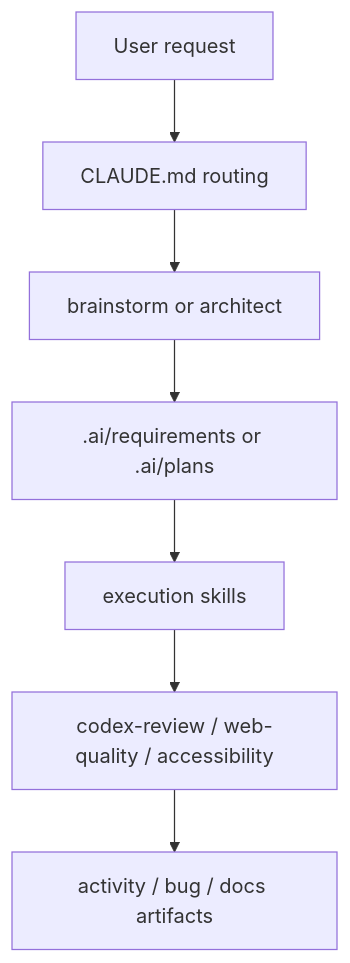
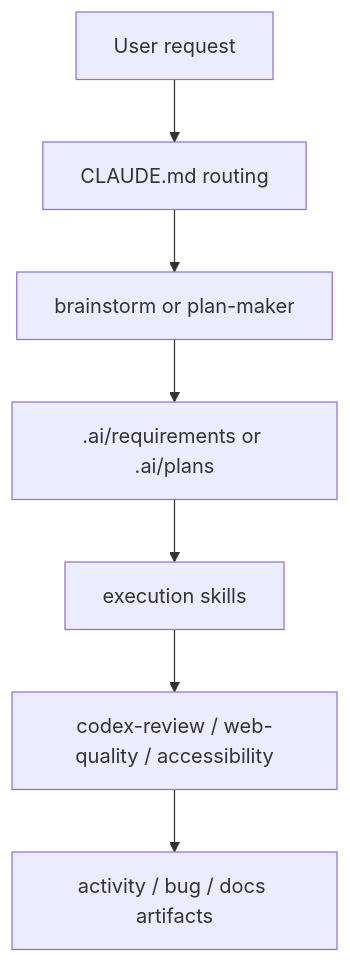
Before and after one commit to SeoJaeWan/try-claude-code: the sixth of 14 diagrams in docs/claude-code-workflow-evolution.md, drawn with Mermaid. The commit also changed other lines of this file and 25 other files, not shown here.

Commit message:
refactor(planning): rename architect skill to plan-maker

````diff
--- a/docs/claude-code-workflow-evolution.md
+++ b/docs/claude-code-workflow-evolution.md
@@ -318,17 +318,17 @@
 ```mermaid
 flowchart TD
     U["User request"]
     ENTRY["CLAUDE.md routing"]
-    BRAIN["brainstorm or architect"]
+    BRAIN["brainstorm or plan-maker"]
     ART[".ai/requirements or .ai/plans"]
     EXEC["execution skills"]
     REVIEW["codex-review / web-quality / accessibility"]
     LOG["activity / bug / docs artifacts"]
 
     U --> ENTRY
     ENTRY --> BRAIN
     BRAIN --> ART
     ART --> EXEC
     EXEC --> REVIEW
     REVIEW --> LOG
 ```
````
